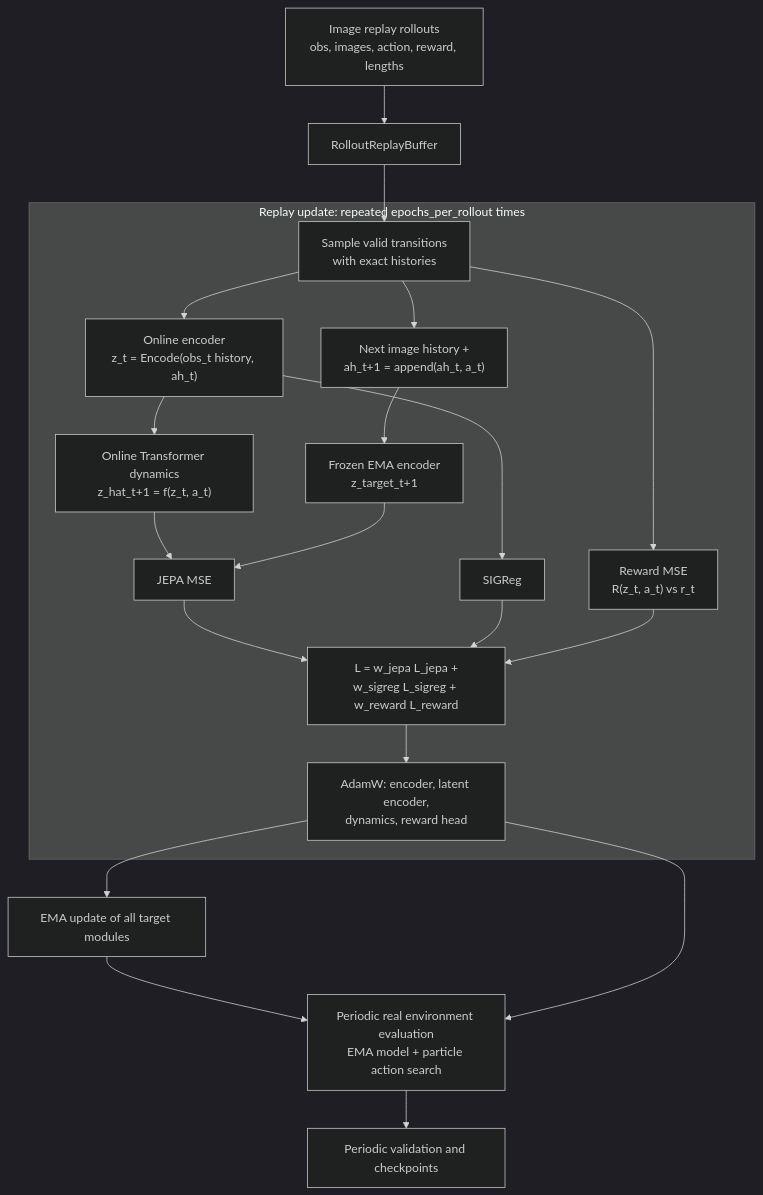
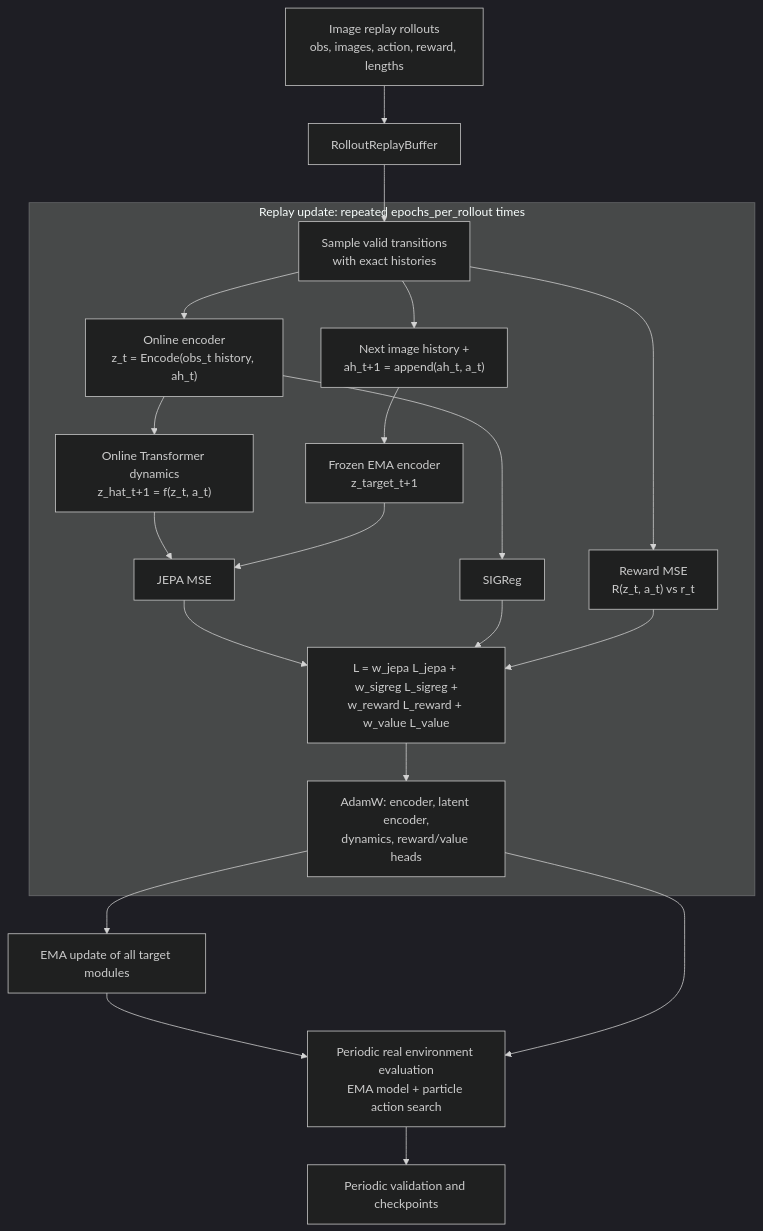
The first of 2 diagrams in trans_wm_le/TRAINING_LOGIC.md (IBNBlank/piece_of_wm), drawn with Mermaid (dark theme) before and after one commit. The commit also changed other lines of this file and 25 other files, not shown here.

````diff
--- a/trans_wm_le/TRAINING_LOGIC.md
+++ b/trans_wm_le/TRAINING_LOGIC.md
@@ -7,26 +7,26 @@
 ```mermaid
 flowchart TD
     DATA["Image replay rollouts<br/>obs, images, action, reward, lengths"] --> BUFFER["RolloutReplayBuffer"]
     BUFFER --> SAMPLE["Sample valid transitions<br/>with exact histories"]
 
     subgraph ReplayUpdate[Replay update: repeated epochs_per_rollout times]
         SAMPLE --> ONLINE["Online encoder<br/>z_t = Encode(obs_t history, ah_t)"]
         ONLINE --> DYN["Online Transformer dynamics<br/>z_hat_t+1 = f(z_t, a_t)"]
         SAMPLE --> TARGET_INPUT["Next image history +<br/>ah_t+1 = append(ah_t, a_t)"]
         TARGET_INPUT --> TARGET["Frozen EMA encoder<br/>z_target_t+1"]
         DYN --> JEPA["JEPA MSE"]
         TARGET --> JEPA
         ONLINE --> SIGREG["SIGReg"]
         SAMPLE --> REWARD["Reward MSE<br/>R(z_t, a_t) vs r_t"]
-        JEPA --> TOTAL["L = w_jepa L_jepa +<br/>w_sigreg L_sigreg + w_reward L_reward"]
+        JEPA --> TOTAL["L = w_jepa L_jepa + w_sigreg L_sigreg +<br/>w_reward L_reward + w_value L_value"]
         SIGREG --> TOTAL
         REWARD --> TOTAL
-        TOTAL --> WORLD_OPT["AdamW: encoder, latent encoder,<br/>dynamics, reward head"]
+        TOTAL --> WORLD_OPT["AdamW: encoder, latent encoder,<br/>dynamics, reward/value heads"]
     end
 
     WORLD_OPT --> EMA1["EMA update of all target modules"]
     EMA1 --> ONLINE_EPISODE
 
     WORLD_OPT --> ONLINE_EPISODE["Periodic real environment evaluation<br/>EMA model + particle action search"]
     ONLINE_EPISODE --> CHECK["Periodic validation and checkpoints"]
 ```
````
